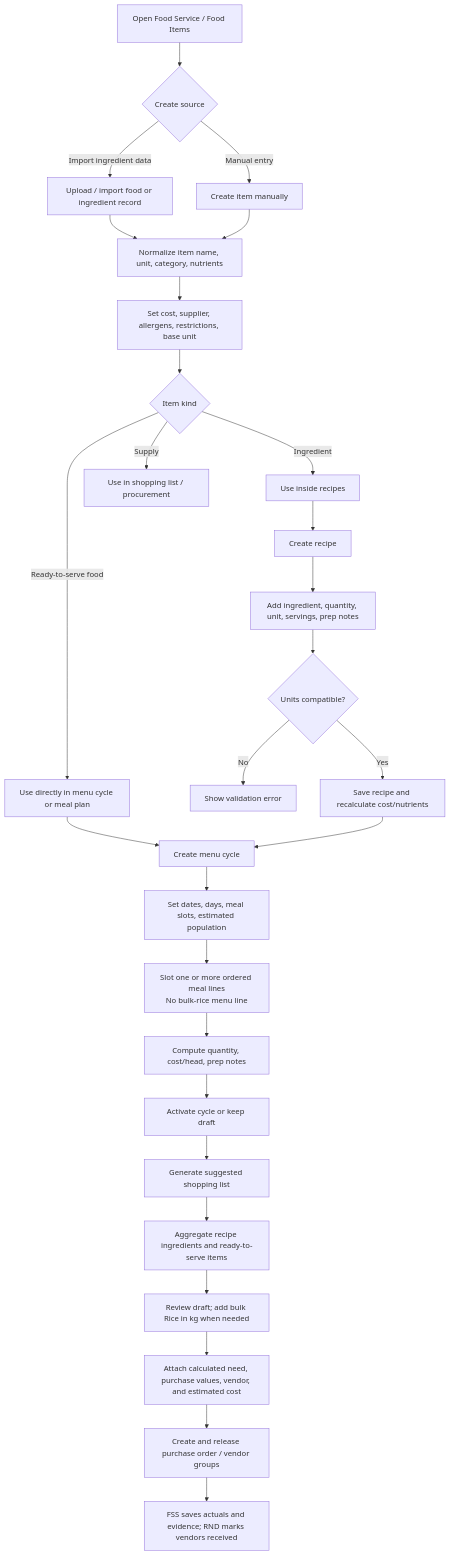
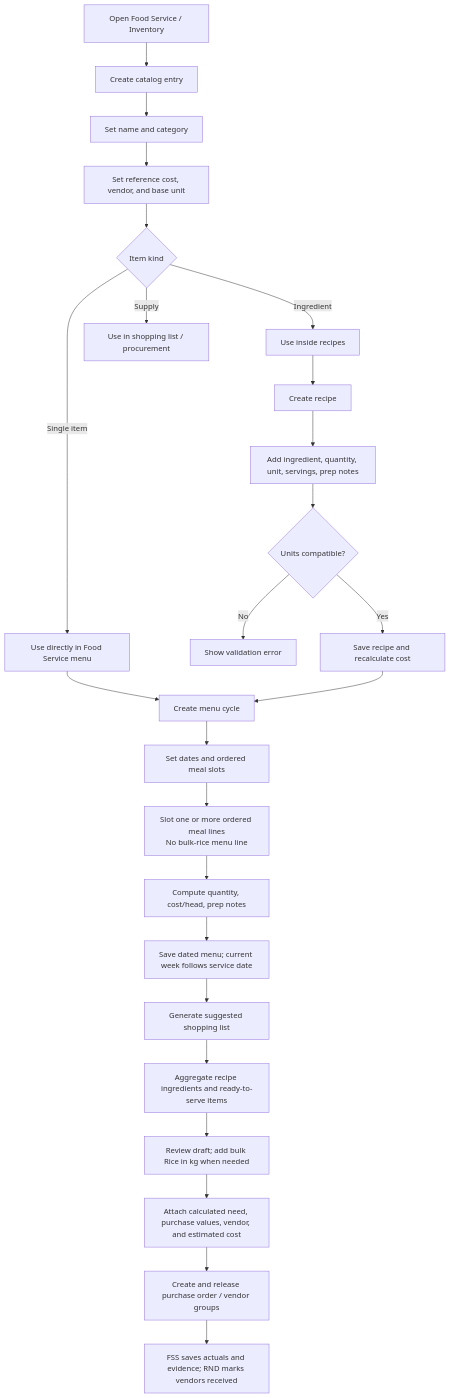
Before and after one commit to ja2gc/Nutriscope: the first of 9 diagrams in docs/module-workflow-flowchart.md, drawn with Mermaid. The commit also changed other lines of this file and 16 other files, not shown here.

````diff
--- a/docs/module-workflow-flowchart.md
+++ b/docs/module-workflow-flowchart.md
@@ -21,34 +21,30 @@
 ```mermaid
 flowchart TD
-    A["Open Food Service / Food Items"] --> B{"Create source"}
-    B -->|"Import ingredient data"| C["Upload / import food or ingredient record"]
-    B -->|"Manual entry"| D["Create item manually"]
-
-    C --> E["Normalize item name, unit, category, nutrients"]
+    A["Open Food Service / Inventory"] --> D["Create catalog entry"]
     D --> E
-    E --> F["Set cost, supplier, allergens, restrictions, base unit"]
+    E["Set name and category"] --> F["Set reference cost, vendor, and base unit"]
     F --> G{"Item kind"}
     G -->|"Ingredient"| H["Use inside recipes"]
-    G -->|"Ready-to-serve food"| I["Use directly in menu cycle or meal plan"]
+    G -->|"Single item"| I["Use directly in Food Service menu"]
     G -->|"Supply"| J["Use in shopping list / procurement"]
 
     H --> K["Create recipe"]
     K --> K1["Add ingredient, quantity, unit, servings, prep notes"]
     K1 --> K2{"Units compatible?"}
     K2 -->|"No"| K3["Show validation error"]
-    K2 -->|"Yes"| K4["Save recipe and recalculate cost/nutrients"]
+    K2 -->|"Yes"| K4["Save recipe and recalculate cost"]
 
     I --> L["Create menu cycle"]
     K4 --> L
-    L --> L1["Set dates, days, meal slots, estimated population"]
+    L --> L1["Set dates and ordered meal slots"]
     L1 --> L2["Slot one or more ordered meal lines<br/>No bulk-rice menu line"]
     L2 --> L3["Compute quantity, cost/head, prep notes"]
-    L3 --> L4["Activate cycle or keep draft"]
+    L3 --> L4["Save dated menu; current week follows service date"]
 
     L4 --> M["Generate suggested shopping list"]
     M --> N["Aggregate recipe ingredients and ready-to-serve items"]
     N --> N1["Review draft; add bulk Rice in kg when needed"]
     N1 --> O["Attach calculated need, purchase values, vendor, and estimated cost"]
     O --> P["Create and release purchase order / vendor groups"]
     P --> Q["FSS saves actuals and evidence; RND marks vendors received"]
 ```
````
